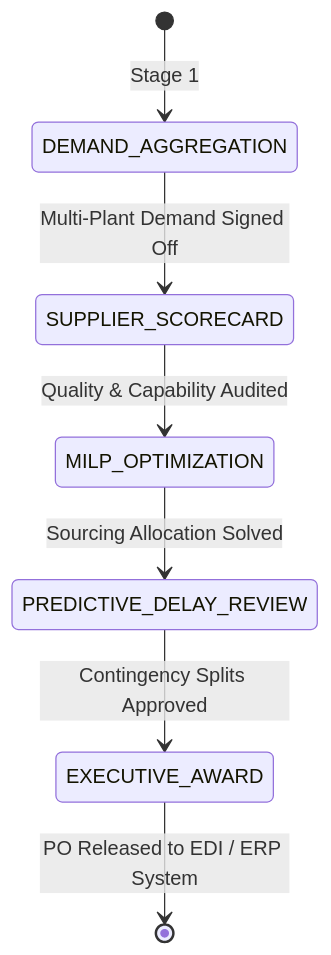
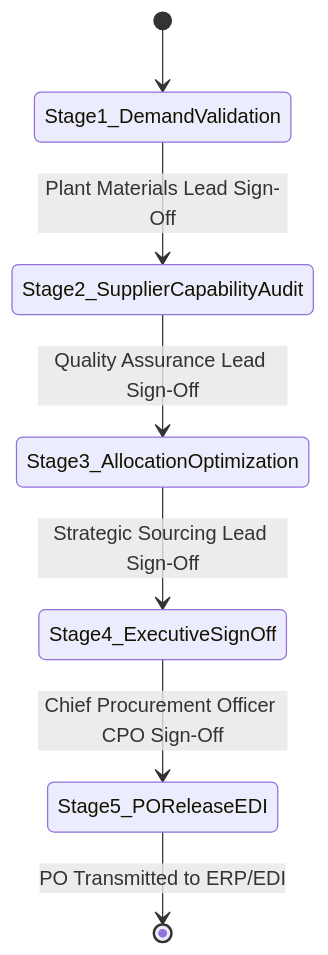
One commit to notsooamit/trendwear-integrated-sop changed the second of 2 diagrams in strategic_sourcing_spec/BUSINESS_FLOW_SPECIFICATION.md. Above: the diagram before and after it, drawn with Mermaid. The commit also changed other lines of this file and 3 other files, not shown here.

Commit message:
fix(docs): quote Mermaid node labels and format KaTeX mathematical formulas for GitHub rendering

````diff
--- a/strategic_sourcing_spec/BUSINESS_FLOW_SPECIFICATION.md
+++ b/strategic_sourcing_spec/BUSINESS_FLOW_SPECIFICATION.md
@@ -249,9 +191,9 @@
 ```mermaid
 stateDiagram-v2
-    [*] --> DEMAND_AGGREGATION : Stage 1
-    DEMAND_AGGREGATION --> SUPPLIER_SCORECARD : Multi-Plant Demand Signed Off
-    SUPPLIER_SCORECARD --> MILP_OPTIMIZATION : Quality & Capability Audited
-    MILP_OPTIMIZATION --> PREDICTIVE_DELAY_REVIEW : Sourcing Allocation Solved
-    PREDICTIVE_DELAY_REVIEW --> EXECUTIVE_AWARD : Contingency Splits Approved
-    EXECUTIVE_AWARD --> [*] : PO Released to EDI / ERP System
+    [*] --> Stage1_DemandValidation
+    Stage1_DemandValidation --> Stage2_SupplierCapabilityAudit: Plant Materials Lead Sign-Off
+    Stage2_SupplierCapabilityAudit --> Stage3_AllocationOptimization: Quality Assurance Lead Sign-Off
+    Stage3_AllocationOptimization --> Stage4_ExecutiveSignOff: Strategic Sourcing Lead Sign-Off
+    Stage4_ExecutiveSignOff --> Stage5_POReleaseEDI: Chief Procurement Officer CPO Sign-Off
+    Stage5_POReleaseEDI --> [*]: PO Transmitted to ERP/EDI
 ```
````
